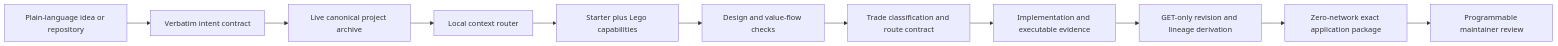
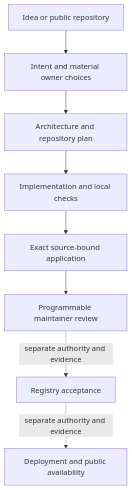
One commit to 0xprogrammable/hookbuilder changed the diagram in README.md. Above: the diagram before and after it, drawn with Mermaid. The commit also changed other lines of this file and 3 other files, not shown here.

````diff
--- a/README.md
+++ b/README.md
@@ -97,13 +93,10 @@
 ```mermaid
-flowchart LR
-  A["Plain-language idea or repository"] --> I["Verbatim intent contract"]
-  I --> H["Live canonical project archive"]
-  H --> B["Local context router"]
-  B --> C["Starter plus Lego capabilities"]
-  C --> D["Design and value-flow checks"]
-  D --> T["Trade classification and route contract"]
-  T --> E["Implementation and executable evidence"]
-  E --> R["GET-only revision and lineage derivation"]
-  R --> F["Zero-network exact application package"]
-  F --> G["Programmable maintainer review"]
+flowchart TD
+  A["Idea or public repository"] --> B["Intent and material owner choices"]
+  B --> C["Architecture and repository plan"]
+  C --> D["Implementation and local checks"]
+  D --> E["Exact source-bound application"]
+  E --> F["Programmable maintainer review"]
+  F -. "separate authority and evidence" .-> G["Registry acceptance"]
+  G -. "separate authority and evidence" .-> H["Deployment and public availability"]
 ```
````
